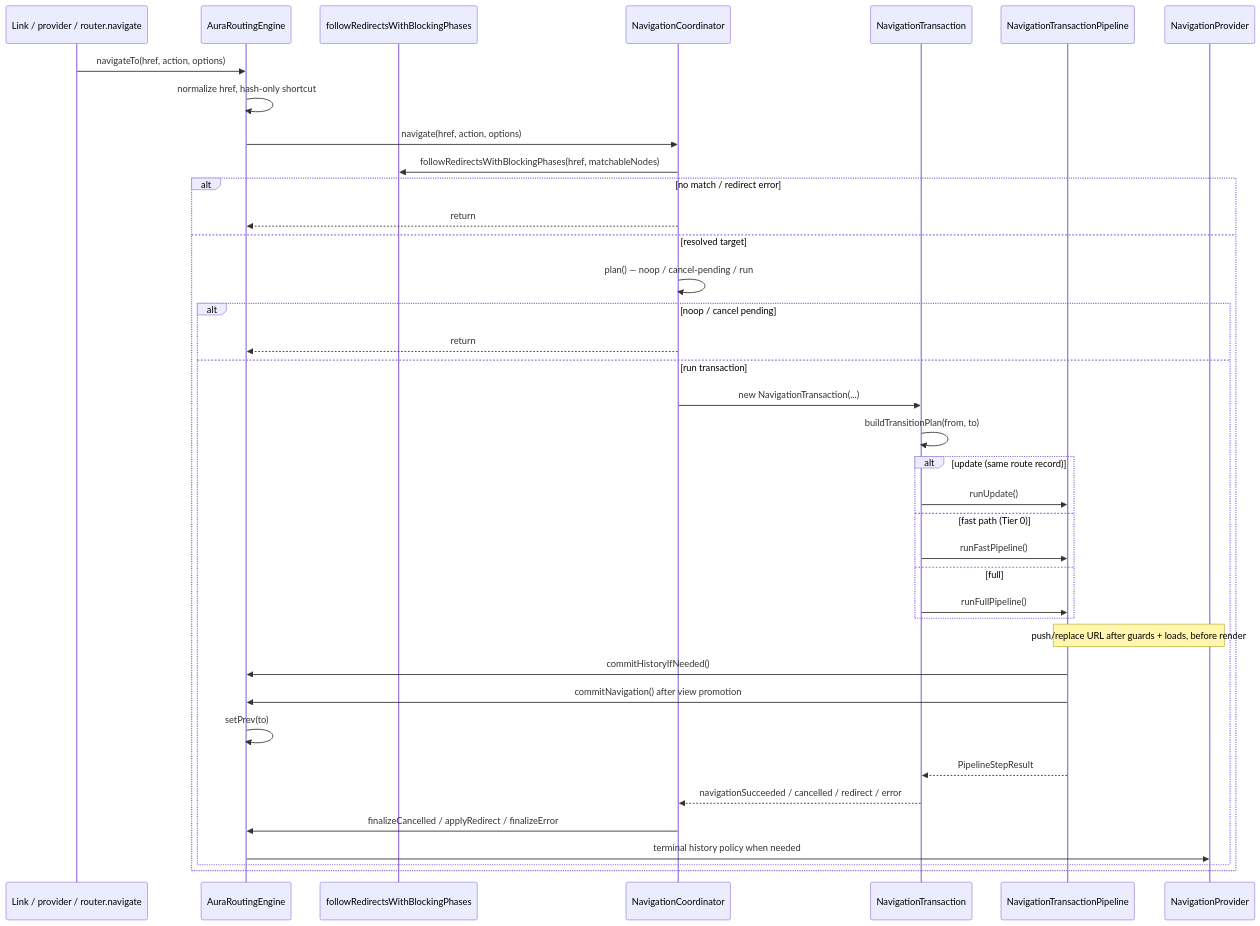
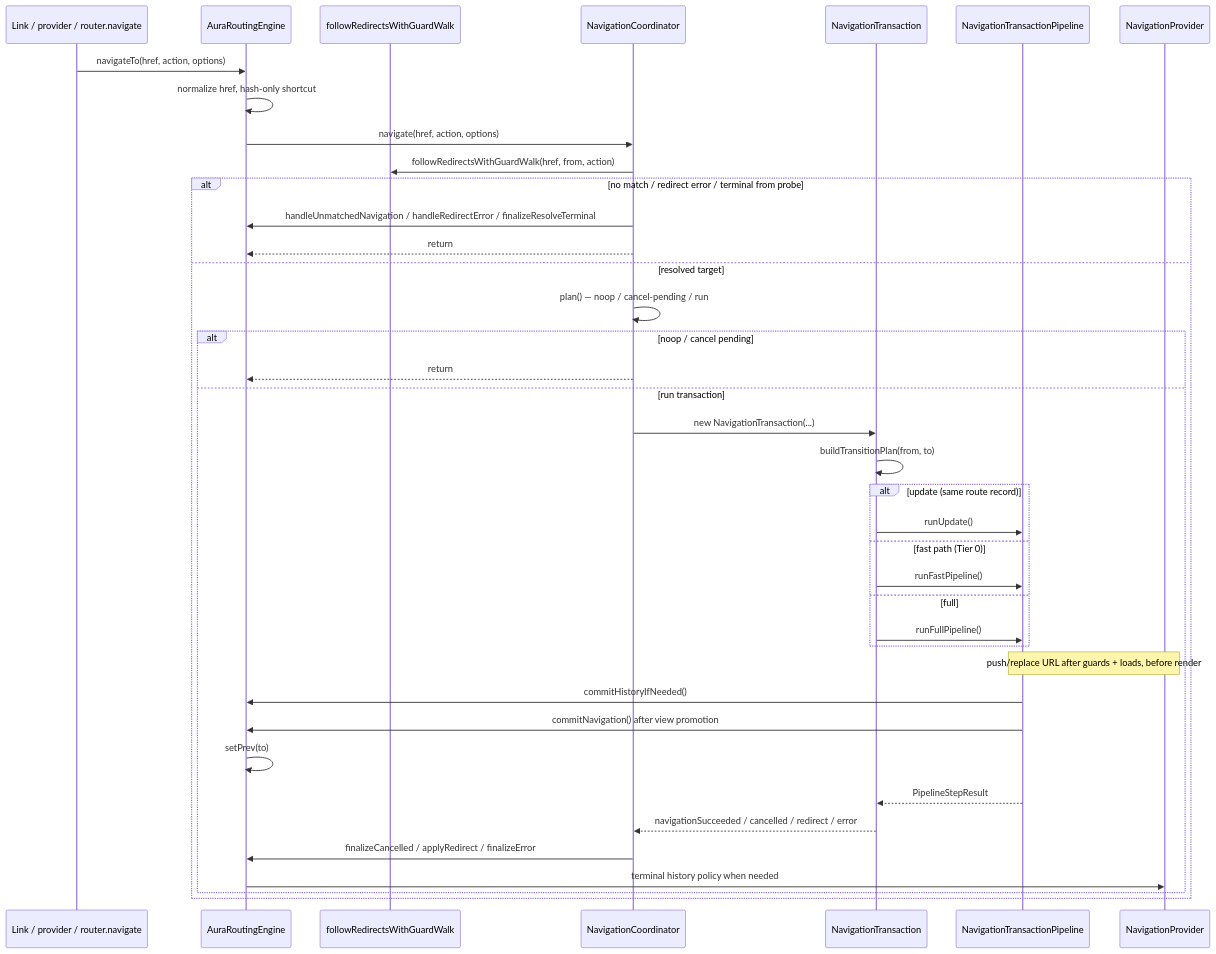
The diagram in src/modules/aura-routing-engine/core/ARCHITECTURE.md (aura-ui/router), drawn with Mermaid before and after one commit. The commit also changed other lines of this file and 9 other files, not shown here.

Commit message:
refactor: rename followRedirectsWithBlockingPhases to followRedirectsWithGuardWalk, update docs

````diff
--- a/src/modules/aura-routing-engine/core/ARCHITECTURE.md
+++ b/src/modules/aura-routing-engine/core/ARCHITECTURE.md
@@ -30,41 +30,42 @@
 ```mermaid
 sequenceDiagram
   participant Source as Link / provider / router.navigate
   participant Engine as AuraRoutingEngine
-  participant Redirect as followRedirectsWithBlockingPhases
+  participant Redirect as followRedirectsWithGuardWalk
   participant Coord as NavigationCoordinator
   participant Tx as NavigationTransaction
   participant Pipeline as NavigationTransactionPipeline
   participant History as NavigationProvider
 
   Source->>Engine: navigateTo(href, action, options)
   Engine->>Engine: normalize href, hash-only shortcut
   Engine->>Coord: navigate(href, action, options)
-  Coord->>Redirect: followRedirectsWithBlockingPhases(href, matchableNodes)
-  alt no match / redirect error
+  Coord->>Redirect: followRedirectsWithGuardWalk(href, from, action)
+  alt no match / redirect error / terminal from probe
+    Coord->>Engine: handleUnmatchedNavigation / handleRedirectError / finalizeResolveTerminal
     Coord-->>Engine: return
   else resolved target
     Coord->>Coord: plan() — noop / cancel-pending / run
     alt noop / cancel pending
       Coord-->>Engine: return
     else run transaction
       Coord->>Tx: new NavigationTransaction(...)
       Tx->>Tx: buildTransitionPlan(from, to)
       alt update (same route record)
         Tx->>Pipeline: runUpdate()
       else fast path (Tier 0)
         Tx->>Pipeline: runFastPipeline()
       else full
         Tx->>Pipeline: runFullPipeline()
       end
       Note over Pipeline,History: push/replace URL after guards + loads, before render
       Pipeline->>Engine: commitHistoryIfNeeded()
       Pipeline->>Engine: commitNavigation() after view promotion
       Engine->>Engine: setPrev(to)
       Pipeline-->>Tx: PipelineStepResult
       Tx-->>Coord: navigationSucceeded / cancelled / redirect / error
       Coord->>Engine: finalizeCancelled / applyRedirect / finalizeError
       Engine->>History: terminal history policy when needed
     end
   end
 ```
````
